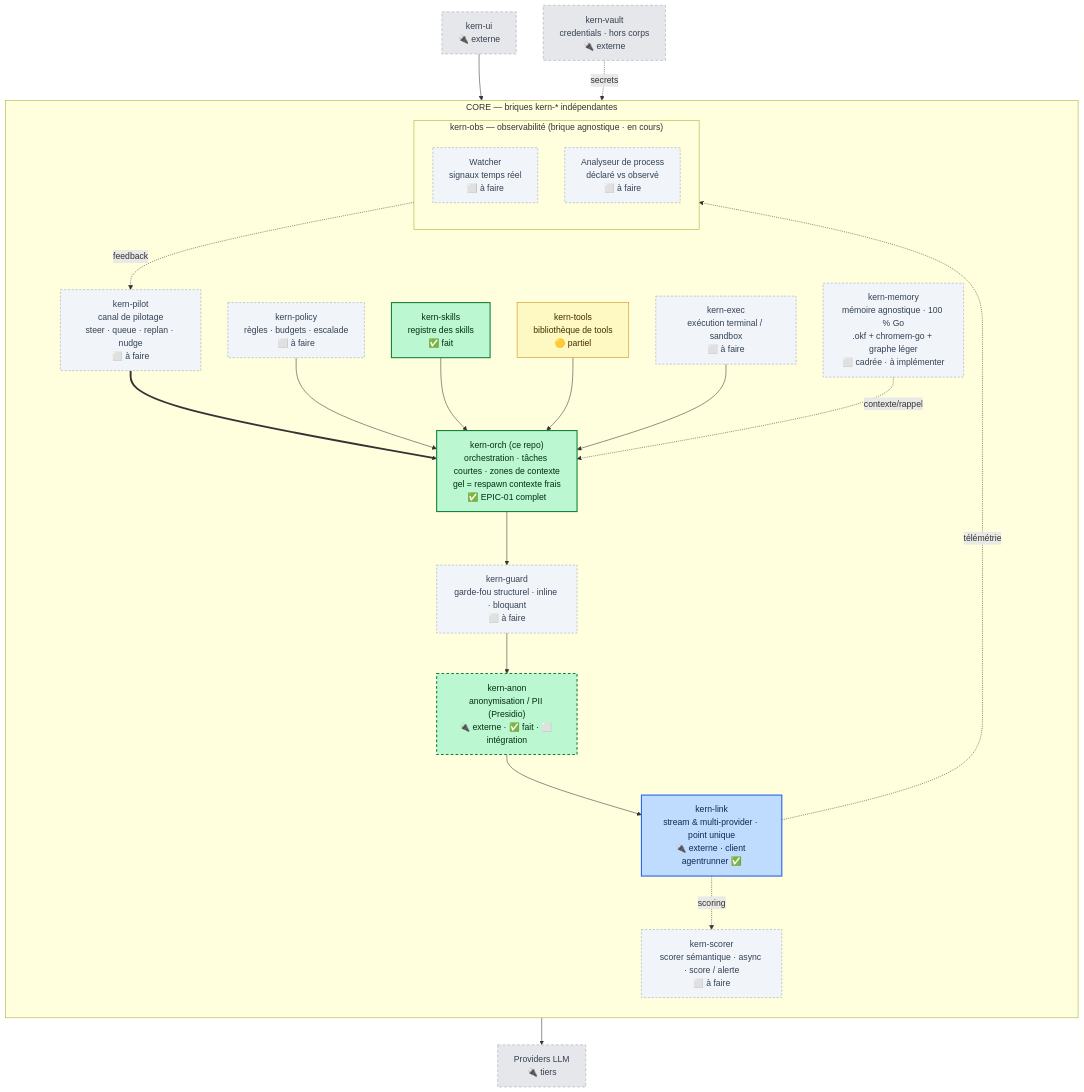
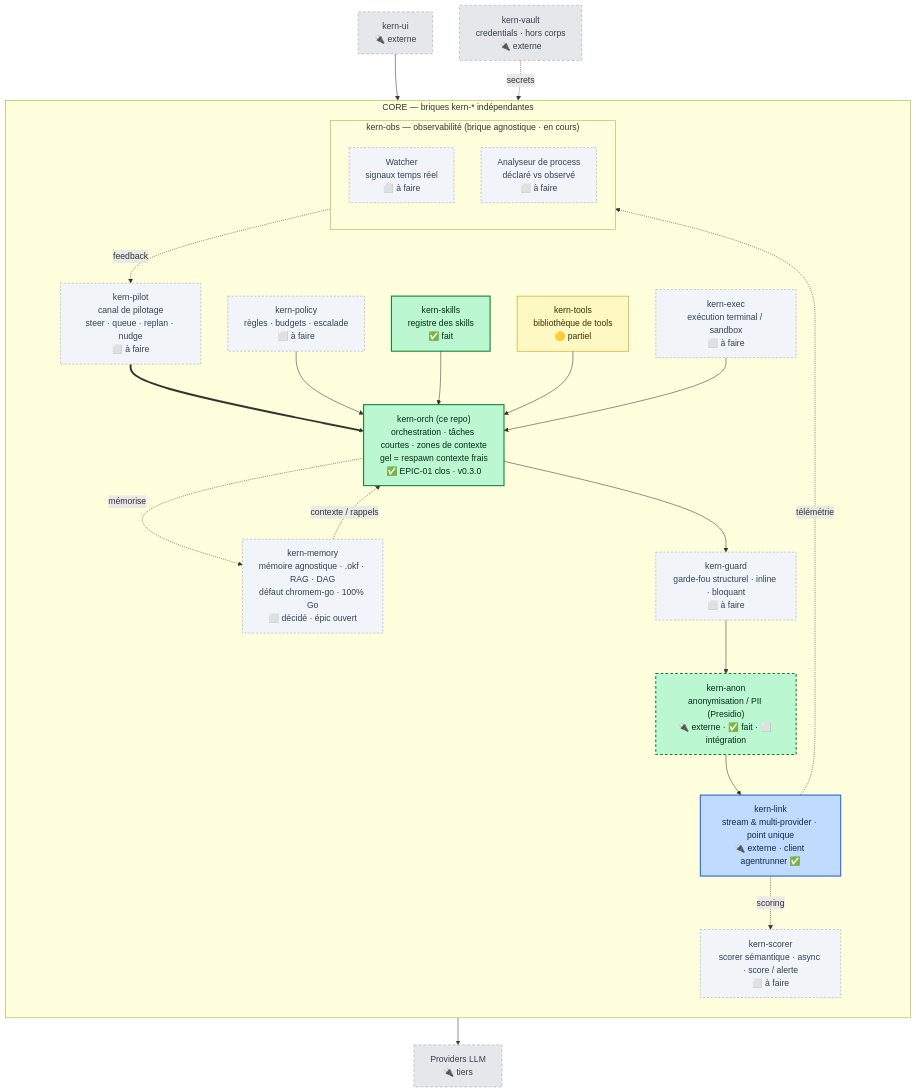
One commit to kern-ia/Kern-Orch changed the diagram in ROADMAP.md. Above: the diagram before and after it, drawn with Mermaid. The commit also changed other lines of this file and 4 other files, not shown here.

First line of the commit message:
docs: sortir le brainstorming du suivi, MAJ ROADMAP (EPIC-01 clos, EPIC-13 kern-memory) + GLOSSAIRE

````diff
--- a/ROADMAP.md
+++ b/ROADMAP.md
@@ -48,49 +48,49 @@
 ```mermaid
 flowchart TB
   UI["kern-ui<br/>🔌 externe"]:::ext
 
   subgraph CORE["CORE — briques kern-* indépendantes"]
     direction TB
     PILOT["kern-pilot<br/>canal de pilotage<br/>steer · queue · replan · nudge<br/>⬜ à faire"]:::todo
-    ORCH["kern-orch (ce repo)<br/>orchestration · tâches courtes · zones de contexte<br/>gel = respawn contexte frais<br/>✅ EPIC-01 complet"]:::done
+    ORCH["kern-orch (ce repo)<br/>orchestration · tâches courtes · zones de contexte<br/>gel = respawn contexte frais<br/>✅ EPIC-01 clos · v0.3.0"]:::done
     SKILLS["kern-skills<br/>registre des skills<br/>✅ fait"]:::done
     TOOLS["kern-tools<br/>bibliothèque de tools<br/>🟡 partiel"]:::partial
-    MEM["kern-memory<br/>mémoire agnostique · 100 % Go<br/>.okf + chromem-go + graphe léger<br/>⬜ cadrée · à implémenter"]:::todo
     EXEC["kern-exec<br/>exécution terminal / sandbox<br/>⬜ à faire"]:::todo
     POL["kern-policy<br/>règles · budgets · escalade<br/>⬜ à faire"]:::todo
     GUARD["kern-guard<br/>garde-fou structurel · inline · bloquant<br/>⬜ à faire"]:::todo
     PII["kern-anon<br/>anonymisation / PII (Presidio)<br/>🔌 externe · ✅ fait · ⬜ intégration"]:::extdone
     LINK["kern-link<br/>stream &amp; multi-provider · point unique<br/>🔌 externe · client agentrunner ✅"]:::link
     SCORER["kern-scorer<br/>scorer sémantique · async · score / alerte<br/>⬜ à faire"]:::todo
+    MEM["kern-memory<br/>mémoire agnostique · .okf · RAG · DAG<br/>défaut chromem-go · 100% Go<br/>⬜ décidé · épic ouvert"]:::todo
 
     subgraph OBS["kern-obs — observabilité (brique agnostique · en cours)"]
       direction TB
       WATCH["Watcher<br/>signaux temps réel<br/>⬜ à faire"]:::todo
       ANA["Analyseur de process<br/>déclaré vs observé<br/>⬜ à faire"]:::todo
     end
   end
 
   VAULT["kern-vault<br/>credentials · hors corps<br/>🔌 externe"]:::ext
   PROV["Providers LLM<br/>🔌 tiers"]:::ext
 
   UI --> PILOT
   PILOT ==> ORCH
   POL --> ORCH
   SKILLS --> ORCH
   TOOLS --> ORCH
   EXEC --> ORCH
-  MEM -. contexte/rappel .-> ORCH
+  MEM -. contexte / rappels .-> ORCH
+  ORCH -. mémorise .-> MEM
   ORCH --> GUARD --> PII --> LINK --> PROV
   OBS -. feedback .-> PILOT
   LINK -. télémétrie .-> OBS
   LINK -. scoring .-> SCORER
   VAULT -. secrets .-> LINK
 
   classDef done fill:#bbf7d0,stroke:#15803d,color:#052e16,stroke-width:2px;
   classDef partial fill:#fef9c3,stroke:#ca8a04,color:#3f2d02;
   classDef todo fill:#f1f5f9,stroke:#94a3b8,color:#334155,stroke-dasharray:4 3;
   classDef link fill:#bfdbfe,stroke:#2563eb,color:#0f2a52,stroke-width:2px;
-  classDef brainstorm fill:#f3e8ff,stroke:#7c3aed,color:#3b1668,stroke-dasharray:2 2;
   classDef extdone fill:#bbf7d0,stroke:#15803d,color:#052e16,stroke-width:2px,stroke-dasharray:5 4;
   classDef ext fill:#e5e7eb,stroke:#9ca3af,color:#374151,stroke-dasharray:5 4;
 ```
````
